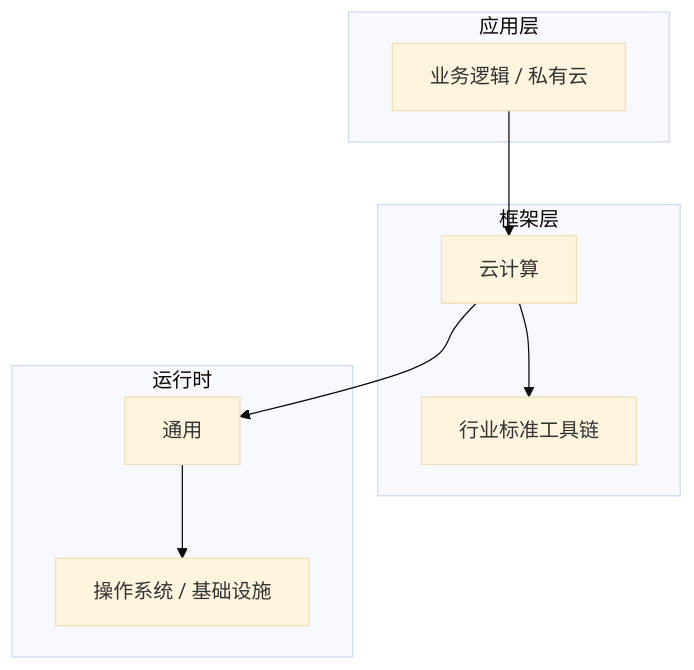
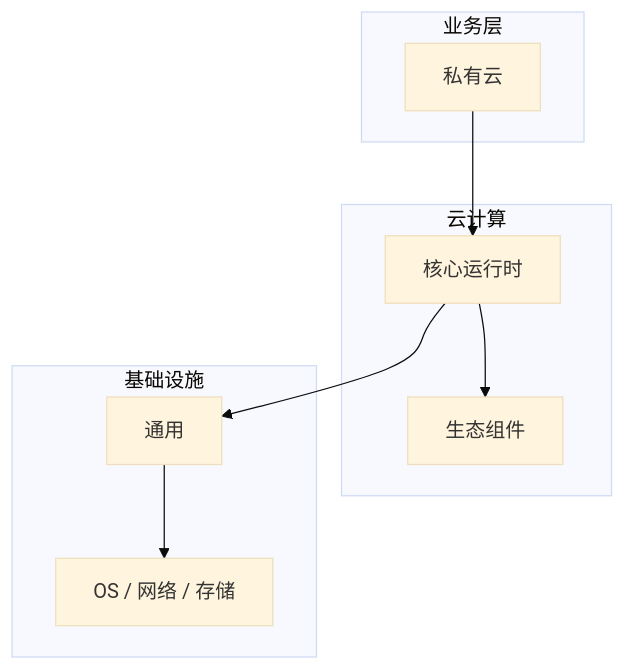
One commit to yanggan2015/knowledge-json-v2 changed the diagram in articles/云计算/chapters/026-私有云核心概念与原理.md. Above: the diagram before and after it, drawn with Mermaid (base theme). The commit also changed other lines of this file and 10127 other files, not shown here.

````diff
--- a/articles/云计算/chapters/026-私有云核心概念与原理.md
+++ b/articles/云计算/chapters/026-私有云核心概念与原理.md
@@ -45,18 +34,18 @@
 ```mermaid
 graph TB
-    subgraph 应用层
-        A[业务逻辑 / 私有云]
+    subgraph 业务层
+        A[私有云]
     end
-    subgraph 框架层
-        B[云计算]
-        C[行业标准工具链]
+    subgraph 云计算
+        B[核心运行时]
+        C[生态组件]
     end
-    subgraph 运行时
+    subgraph 基础设施
         D[通用]
-        E[操作系统 / 基础设施]
+        E[OS / 网络 / 存储]
     end
     A --> B
     B --> C
     B --> D
     D --> E
 ```
````
